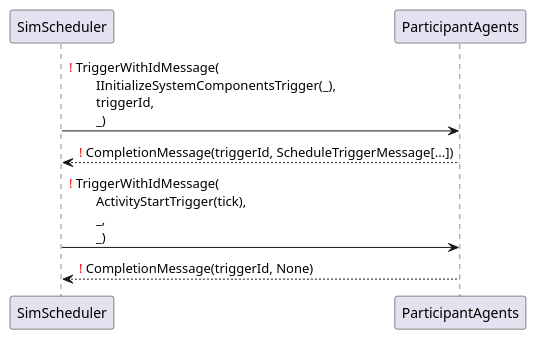
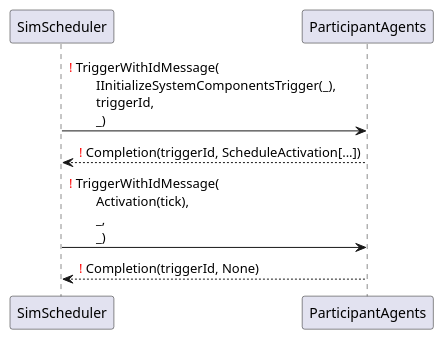
The diagram in docs/uml/protocol/ParticipantTriggeredByItself.puml (ie3-institute/simona), drawn with PlantUML before and after one commit. The commit also changed 6 other files, not shown here.

Commit message:
Renamed UML variables ActivityStartTrigger, ScheduleTriggerMessage, CompletionMessage

```diff
--- a/docs/uml/protocol/ParticipantTriggeredByItself.puml
+++ b/docs/uml/protocol/ParticipantTriggeredByItself.puml
@@ -1,6 +1,6 @@
 @startuml
 SimScheduler -> ParticipantAgents: <font color=red>!</font> TriggerWithIdMessage(\n\tIInitializeSystemComponentsTrigger(_),\n\ttriggerId,\n\t_)
-ParticipantAgents --> SimScheduler: <font color=red>!</font> CompletionMessage(triggerId, ScheduleTriggerMessage[...])
-SimScheduler -> ParticipantAgents: <font color=red>!</font> TriggerWithIdMessage(\n\tActivityStartTrigger(tick),\n\t_,\n\t_)
-ParticipantAgents --> SimScheduler: <font color=red>!</font> CompletionMessage(triggerId, None)
+ParticipantAgents --> SimScheduler: <font color=red>!</font> Completion(triggerId, ScheduleActivation[...])
+SimScheduler -> ParticipantAgents: <font color=red>!</font> TriggerWithIdMessage(\n\tActivation(tick),\n\t_,\n\t_)
+ParticipantAgents --> SimScheduler: <font color=red>!</font> Completion(triggerId, None)
 @enduml
```
